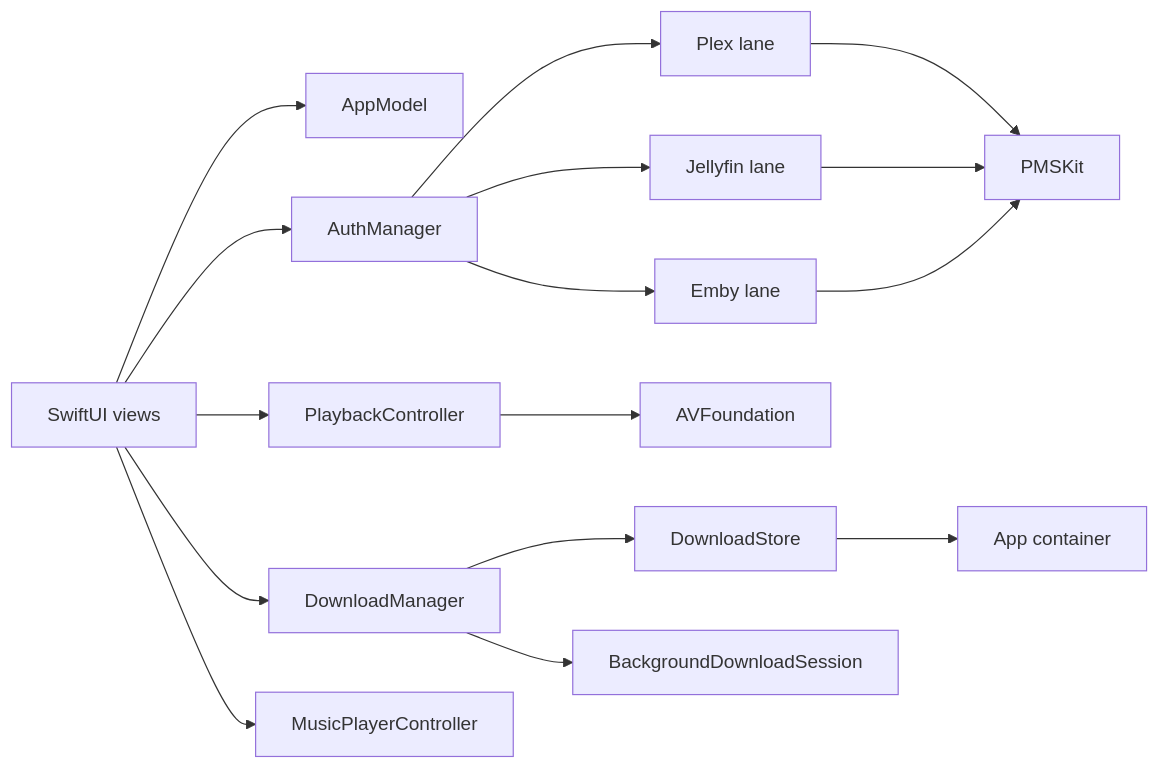
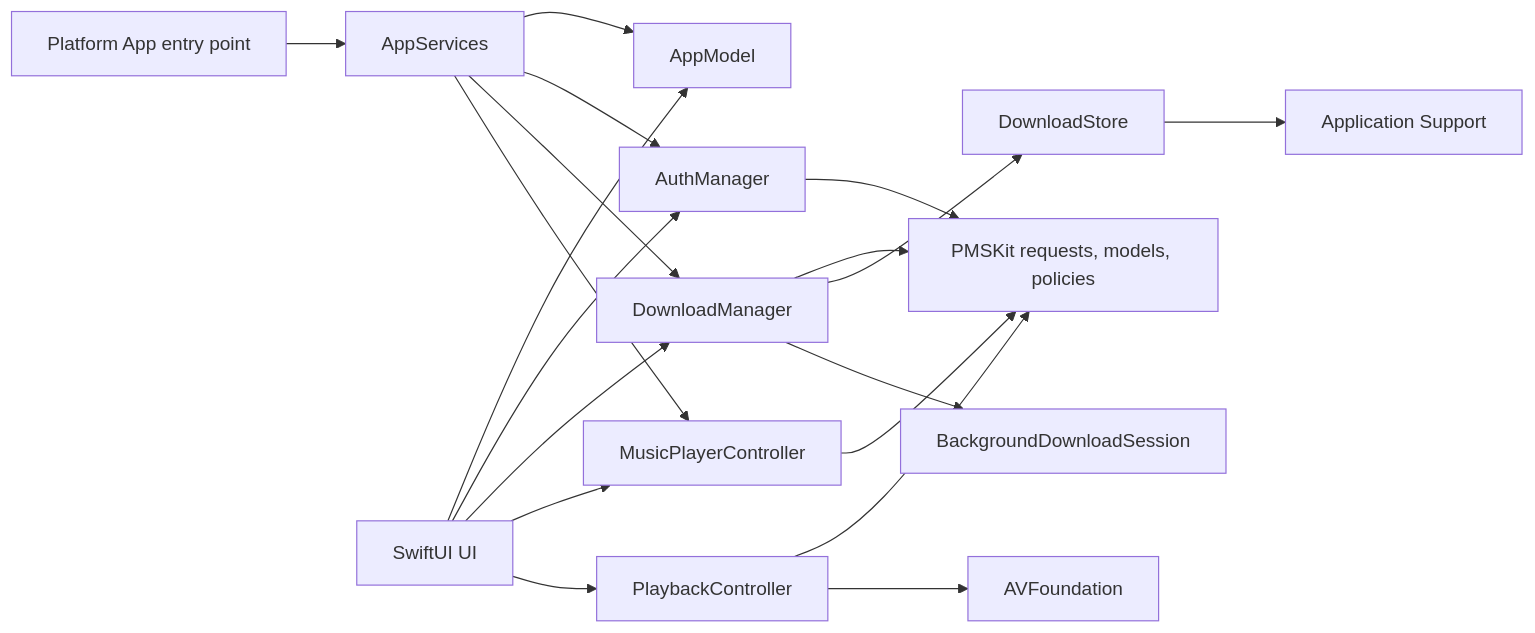
One commit to jlipworth/Labstream changed the diagram in docs/ARCHITECTURE.md. Above: the diagram before and after it, drawn with Mermaid. The commit also changed other lines of this file and 33 other files, not shown here.

Commit message:
docs: align architecture and workflows with current code

````diff
--- a/docs/ARCHITECTURE.md
+++ b/docs/ARCHITECTURE.md
@@ -5,21 +9,24 @@
 ```mermaid
 flowchart LR
-  UI[SwiftUI views] --> AppModel[AppModel]
-  UI --> Auth[AuthManager]
+  Entry[Platform App entry point] --> Services[AppServices]
+  Services --> Model[AppModel]
+  Services --> Auth[AuthManager]
+  Services --> Downloads[DownloadManager]
+  Services --> Music[MusicPlayerController]
+
+  UI[SwiftUI UI] --> Model
+  UI --> Auth
+  UI --> Downloads
+  UI --> Music
   UI --> Player[PlaybackController]
-  UI --> Downloads[DownloadManager]
-  UI --> Music[MusicPlayerController]
 
-  Auth --> Plex[Plex lane]
-  Auth --> Jellyfin[Jellyfin lane]
-  Auth --> Emby[Emby lane]
-
-  Plex --> PMSKit[PMSKit]
-  Jellyfin --> PMSKit
-  Emby --> PMSKit
+  Auth --> PMSKit[PMSKit requests, models, policies]
+  Player --> PMSKit
+  Downloads --> PMSKit
+  Music --> PMSKit
 
   Player --> AV[AVFoundation]
   Downloads --> Store[DownloadStore]
   Downloads --> BG[BackgroundDownloadSession]
-  Store --> Files[App container]
+  Store --> Files[Application Support]
 ```
````
